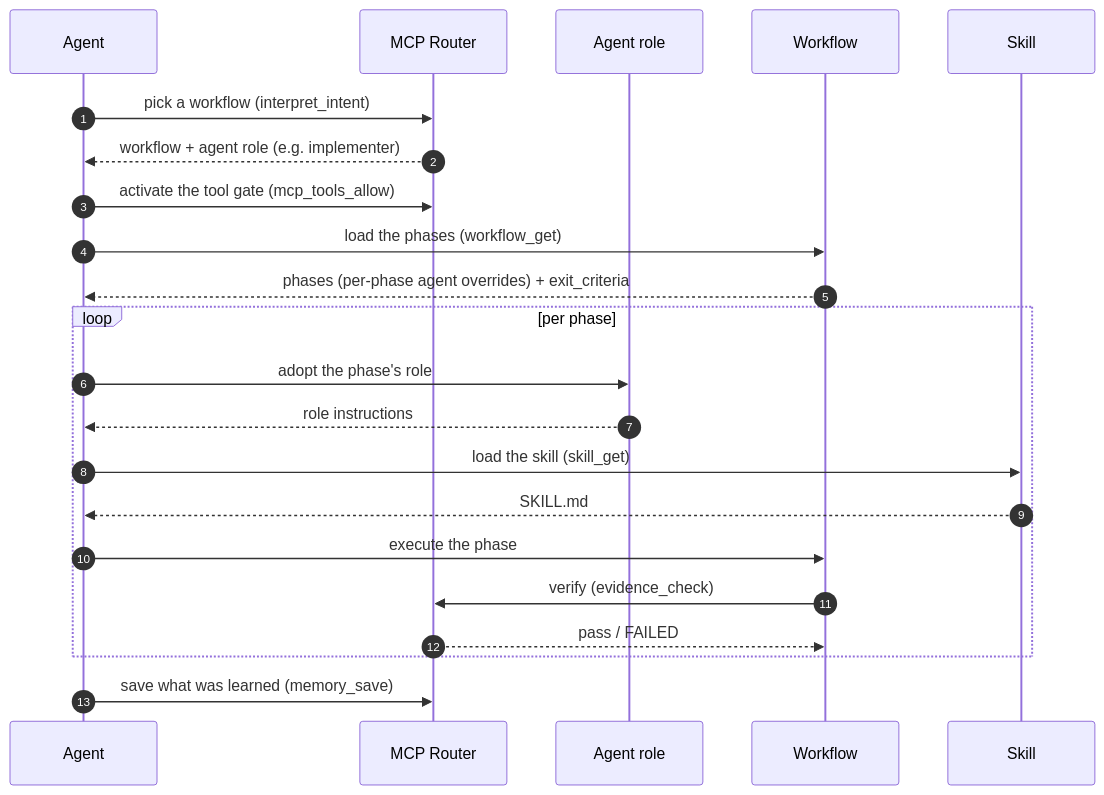
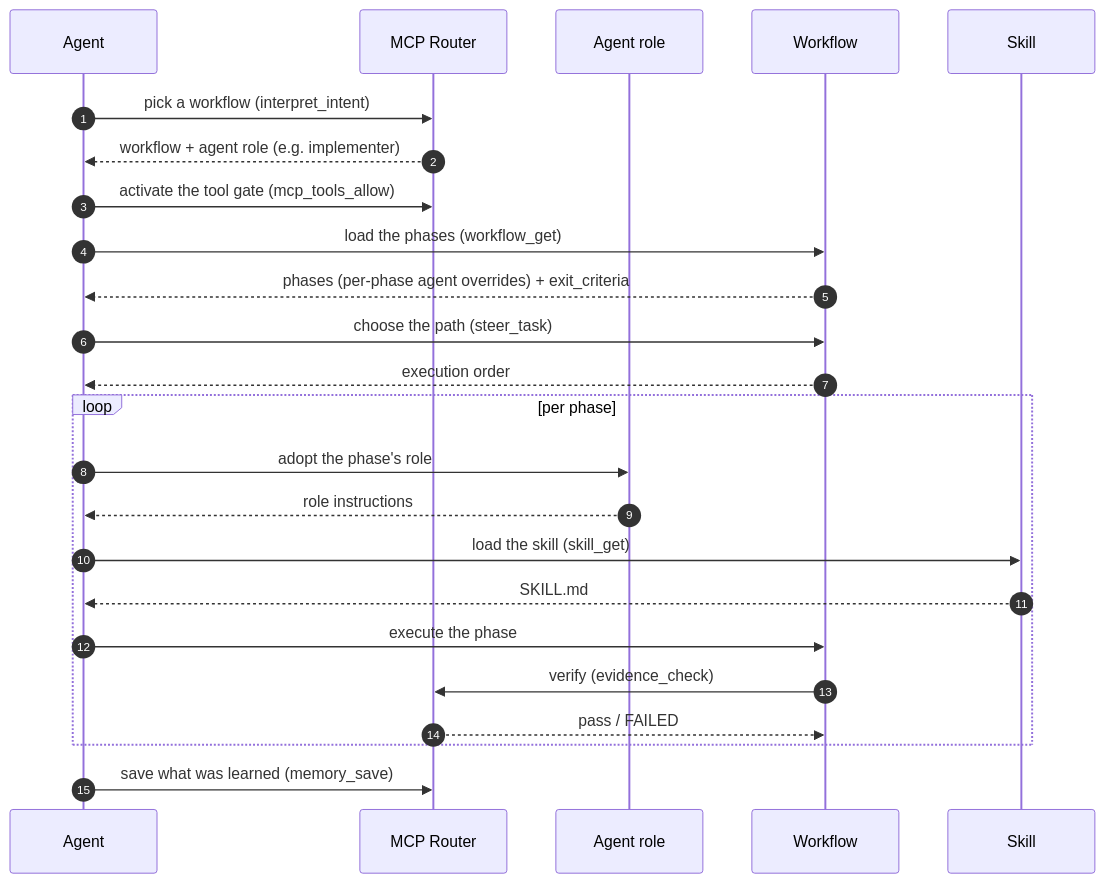
The diagram in README.md (parkwoo/wawoo-agent-skills), drawn with Mermaid before and after one commit. The commit also changed 3 other files, not shown here.

Commit message:
docs: restore the dynamic-path step (steer_task) in the sequence diagram

````diff
--- a/README.md
+++ b/README.md
@@ -81,24 +81,26 @@
 ```mermaid
 sequenceDiagram
     autonumber
     participant A as Agent
     participant R as MCP Router
     participant G as Agent role
     participant W as Workflow
     participant S as Skill
     A->>R: pick a workflow (interpret_intent)
     R-->>A: workflow + agent role (e.g. implementer)
     A->>R: activate the tool gate (mcp_tools_allow)
     A->>W: load the phases (workflow_get)
     W-->>A: phases (per-phase agent overrides) + exit_criteria
+    A->>W: choose the path (steer_task)
+    W-->>A: execution order
     loop per phase
         A->>G: adopt the phase's role
         G-->>A: role instructions
         A->>S: load the skill (skill_get)
         S-->>A: SKILL.md
         A->>W: execute the phase
         W->>R: verify (evidence_check)
         R-->>W: pass / FAILED
     end
     A->>R: save what was learned (memory_save)
 ```
````
